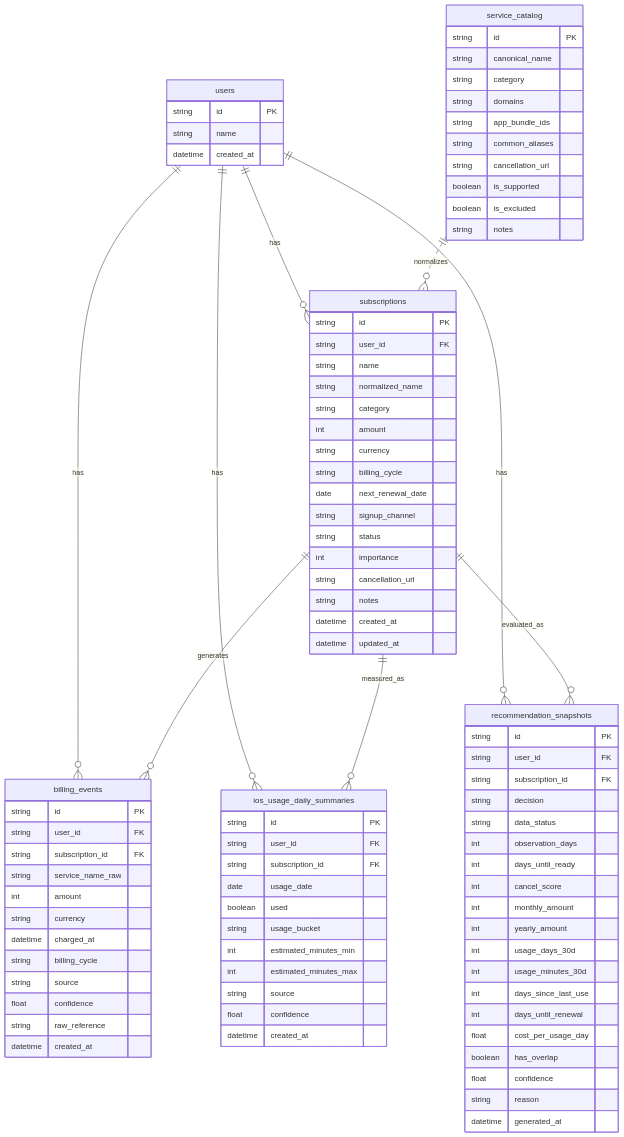
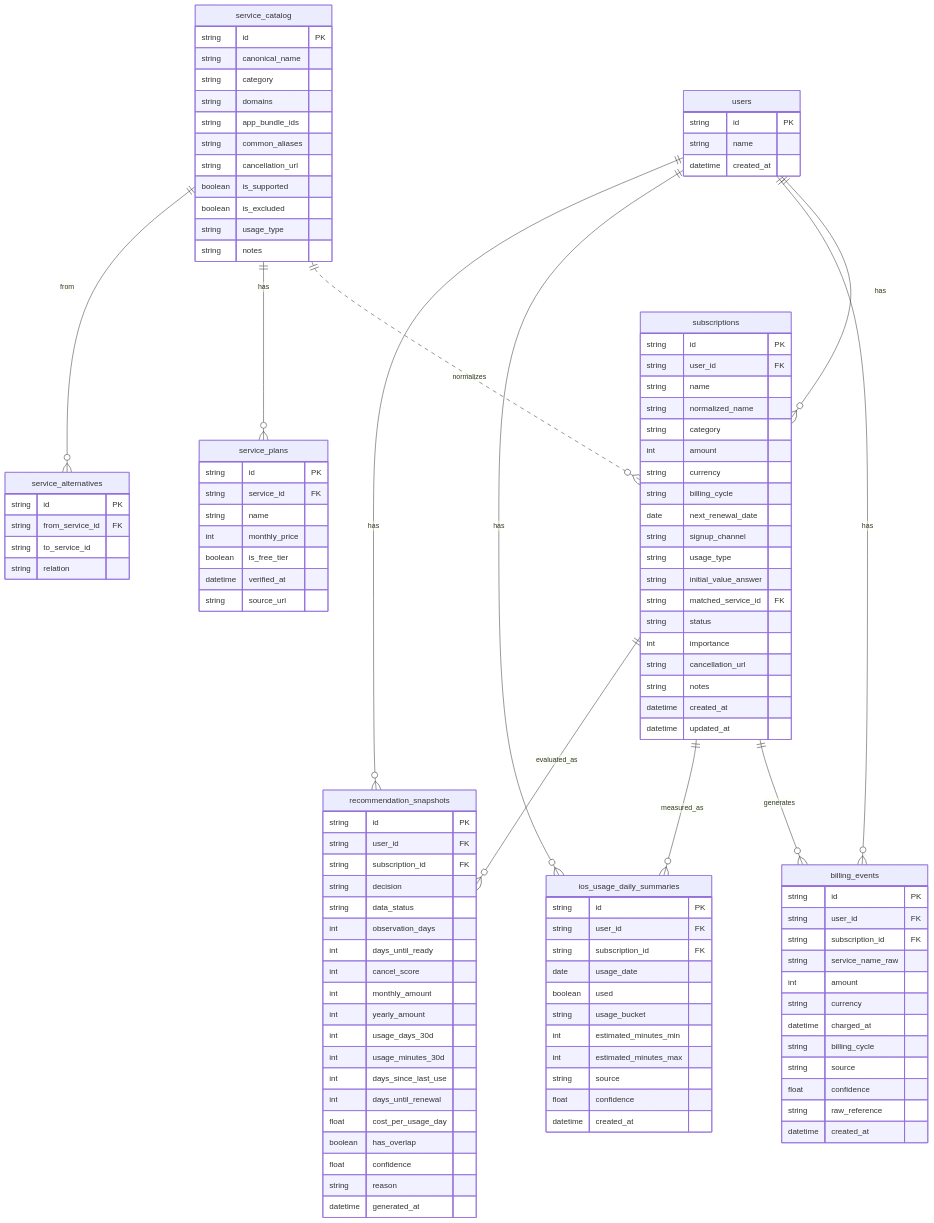
The third of 7 diagrams in docs/functional-design.md (Shintaro-Abe/SubBuddy), drawn with Mermaid before and after one commit. The commit also changed other lines of this file and 7 other files, not shown here.

````diff
--- a/docs/functional-design.md
+++ b/docs/functional-design.md
@@ -122,6 +122,8 @@
   subscriptions ||--o{ ios_usage_daily_summaries : measured_as
   subscriptions ||--o{ recommendation_snapshots : evaluated_as
   service_catalog ||..o{ subscriptions : normalizes
+  service_catalog ||--o{ service_plans : has
+  service_catalog ||--o{ service_alternatives : from
 
   users {
     string id PK
@@ -139,6 +141,9 @@
     string billing_cycle
     date next_renewal_date
     string signup_channel
+    string usage_type
+    string initial_value_answer
+    string matched_service_id FK
     string status
     int importance
     string cancellation_url
@@ -204,6 +209,22 @@
     string cancellation_url
     boolean is_supported
     boolean is_excluded
+    string usage_type
     string notes
   }
+  service_plans {
+    string id PK
+    string service_id FK
+    string name
+    int monthly_price
+    boolean is_free_tier
+    datetime verified_at
+    string source_url
+  }
+  service_alternatives {
+    string id PK
+    string from_service_id FK
+    string to_service_id
+    string relation
+  }
 ```
````
